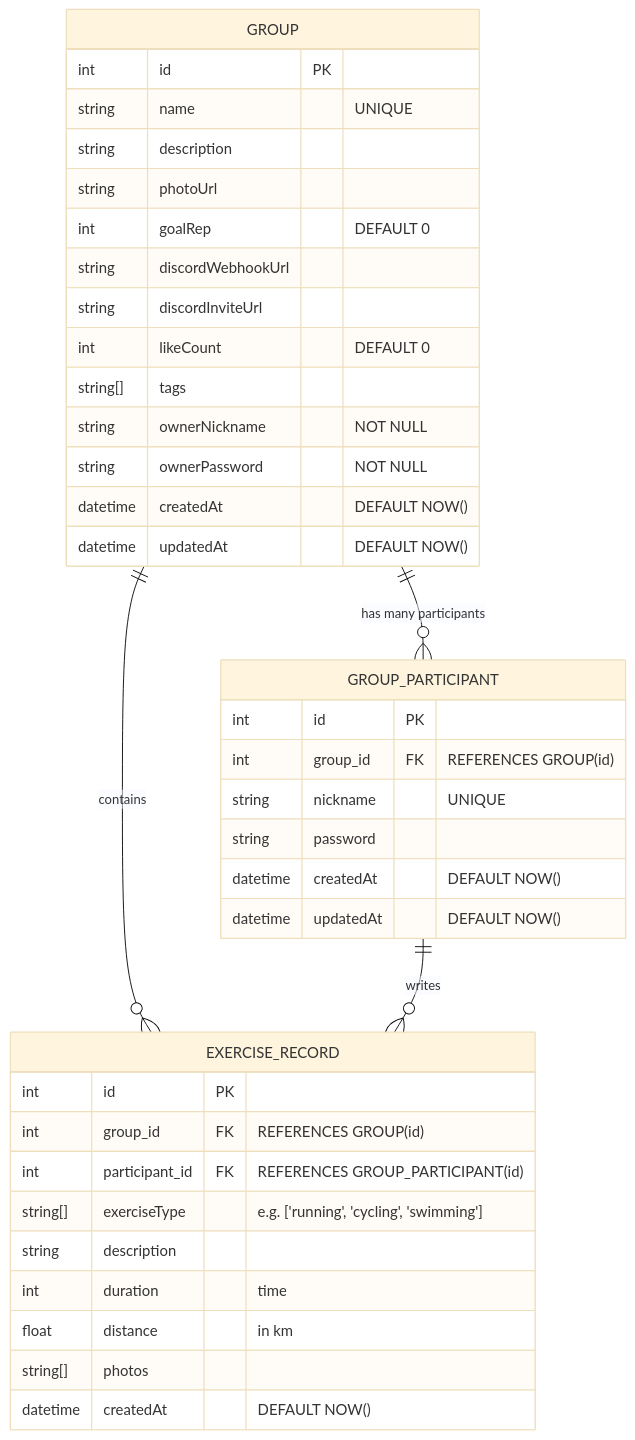
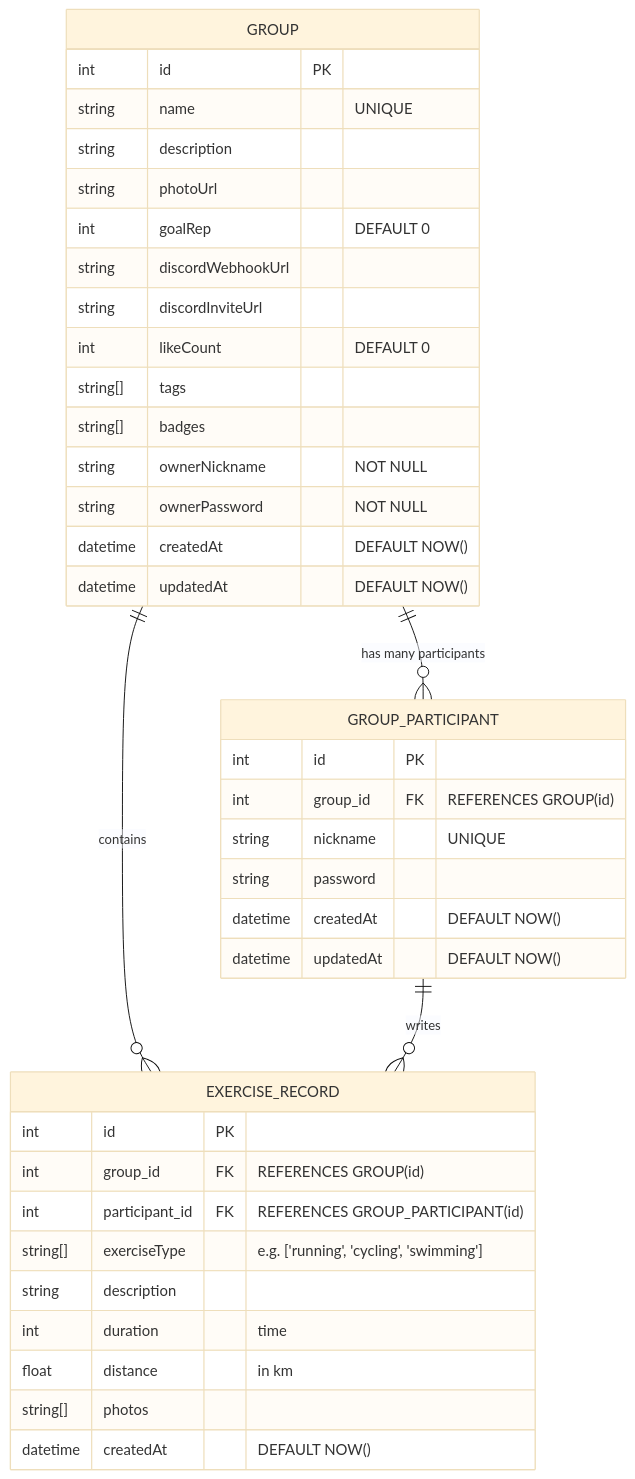
Before and after one commit to funfungun/mermaid: the diagram in README.md, drawn with Mermaid (base theme).

````diff
--- a/README.md
+++ b/README.md
@@ -1,44 +1,45 @@
 ```mermaid
 erDiagram
     GROUP {
         int id PK
         string name "UNIQUE"
         string description
         string photoUrl
         int goalRep "DEFAULT 0"
         string discordWebhookUrl
         string discordInviteUrl
         int likeCount "DEFAULT 0"
         string[] tags
+        string[] badges
         string ownerNickname "NOT NULL"
         string ownerPassword "NOT NULL"
         datetime createdAt "DEFAULT NOW()"
         datetime updatedAt "DEFAULT NOW()"
     }
 
     GROUP_PARTICIPANT {
         int id PK
         int group_id FK "REFERENCES GROUP(id)"
         string nickname "UNIQUE"
         string password
         datetime createdAt "DEFAULT NOW()"
         datetime updatedAt "DEFAULT NOW()"
     }
 
     GROUP ||--o{ GROUP_PARTICIPANT : "has many participants"
 
     EXERCISE_RECORD {
         int id PK
         int group_id FK "REFERENCES GROUP(id)"
         int participant_id FK "REFERENCES GROUP_PARTICIPANT(id)"
         string[] exerciseType "e.g. ['running', 'cycling', 'swimming']"
         string description
         int duration "time"
         float distance "in km"
         string[] photos
         datetime createdAt "DEFAULT NOW()"
     }
 
     GROUP ||--o{ EXERCISE_RECORD : "contains"
     GROUP_PARTICIPANT ||--o{ EXERCISE_RECORD : "writes"
 ```
````
